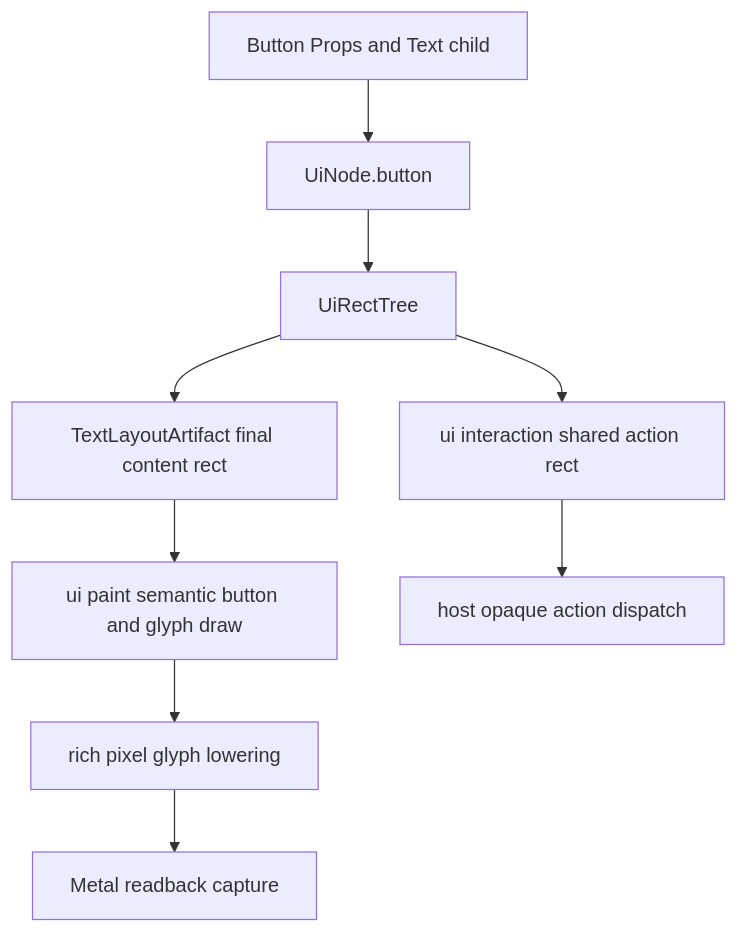
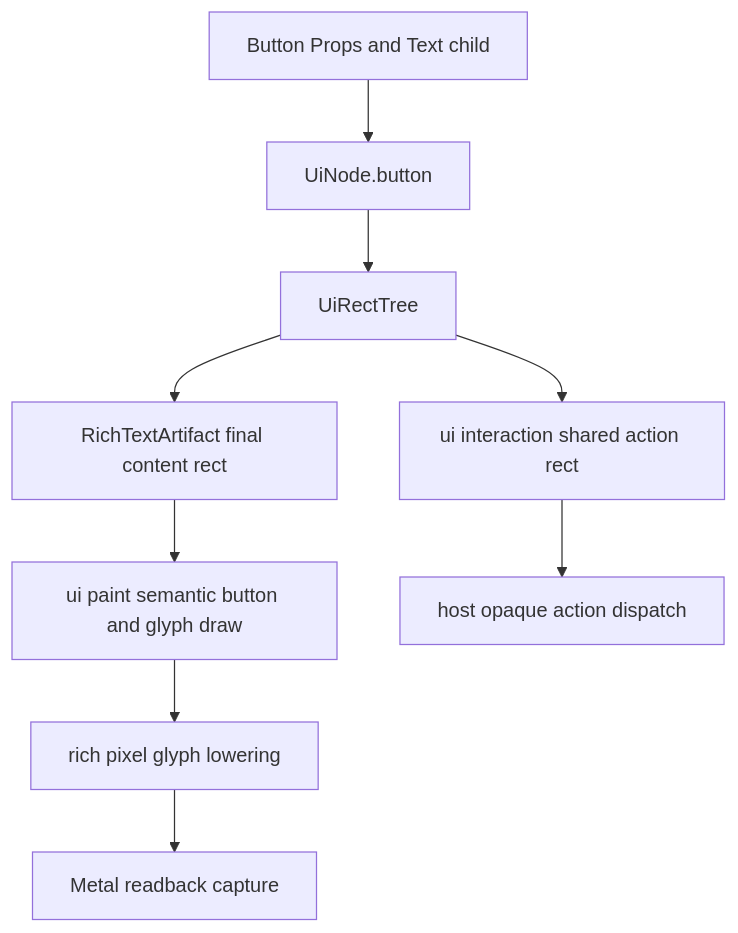
The second of 6 diagrams in docs/metal-ui-layout.md (ohah/maru), drawn with Mermaid before and after one commit. The commit also changed other lines of this file and 1 other file, not shown here.

````diff
--- a/docs/metal-ui-layout.md
+++ b/docs/metal-ui-layout.md
@@ -330,11 +336,11 @@
 ```mermaid
 flowchart TD
     A[Button Props and Text child] --> B[UiNode.button]
     B --> C[UiRectTree]
-    C --> D[TextLayoutArtifact final content rect]
+    C --> D[RichTextArtifact final content rect]
     C --> E[ui interaction shared action rect]
     D --> F[ui paint semantic button and glyph draw]
     F --> G[rich pixel glyph lowering]
     G --> H[Metal readback capture]
     E --> I[host opaque action dispatch]
 ```
````
